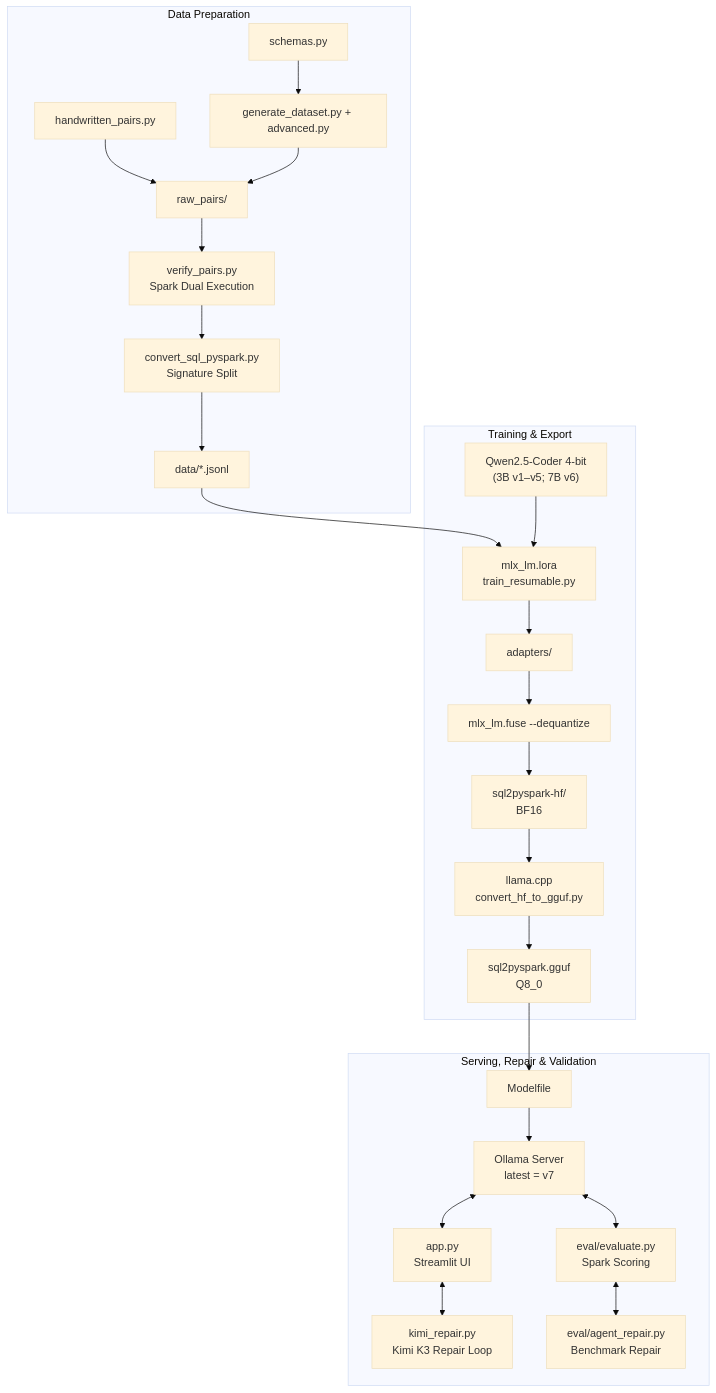
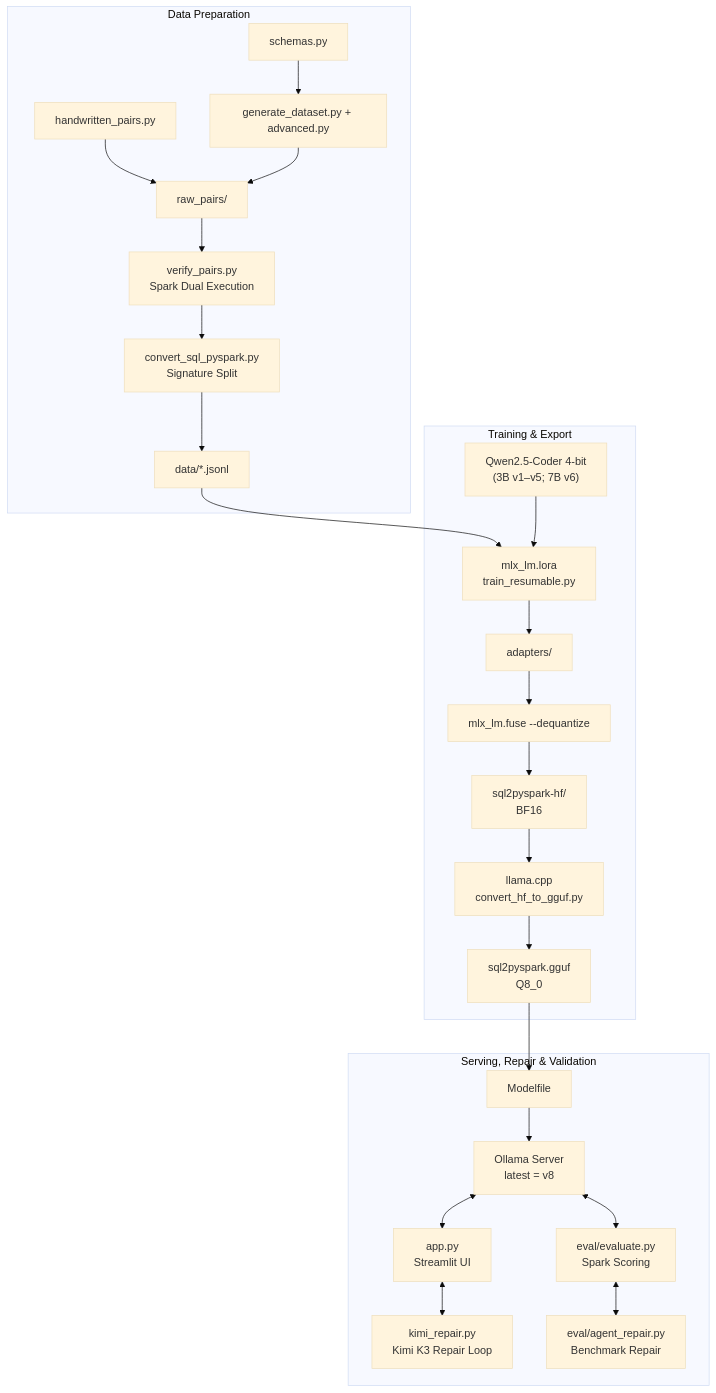
The diagram in PROJECT_DOCUMENTATION.md (praponb/Finetuning-LLM), drawn with Mermaid (base theme) before and after one commit. The commit also changed other lines of this file and 8 other files, not shown here.

Commit message:
Docs: sql2pyspark:latest = v8 (promoted 2026-09-30, also on the Ubuntu server)

````diff
--- a/PROJECT_DOCUMENTATION.md
+++ b/PROJECT_DOCUMENTATION.md
@@ -42,30 +41,30 @@
 ```mermaid
 flowchart TD
     subgraph DataPrep [Data Preparation]
         Schemas[schemas.py] --> Gen[generate_dataset.py + advanced.py]
         HW[handwritten_pairs.py] --> Raw
         Gen --> Raw[raw_pairs/]
         Raw --> SparkCheck[verify_pairs.py<br/>Spark Dual Execution]
         SparkCheck --> Split[convert_sql_pyspark.py<br/>Signature Split]
         Split --> JSONL[data/*.jsonl]
     end
 
     subgraph TrainPhase [Training & Export]
         JSONL --> MLX[mlx_lm.lora<br/>train_resumable.py]
         BaseModel["Qwen2.5-Coder 4-bit<br/>(3B v1–v5; 7B v6)"] --> MLX
         MLX --> Adapters[adapters/]
         Adapters --> Fuse[mlx_lm.fuse --dequantize]
         Fuse --> HF[sql2pyspark-hf/<br/>BF16]
         HF --> Llama[llama.cpp<br/>convert_hf_to_gguf.py]
         Llama --> GGUF[sql2pyspark.gguf<br/>Q8_0]
     end
 
     subgraph ServeEval [Serving, Repair & Validation]
         GGUF --> Modelfile[Modelfile]
-        Modelfile --> Ollama[Ollama Server<br/>latest = v7]
+        Modelfile --> Ollama[Ollama Server<br/>latest = v8]
         Ollama <--> Streamlit[app.py<br/>Streamlit UI]
         Streamlit <--> Kimi[kimi_repair.py<br/>Kimi K3 Repair Loop]
         Ollama <--> Eval[eval/evaluate.py<br/>Spark Scoring]
         Eval <--> AgentRepair[eval/agent_repair.py<br/>Benchmark Repair]
     end
 ```
````
